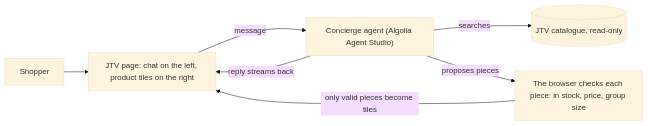
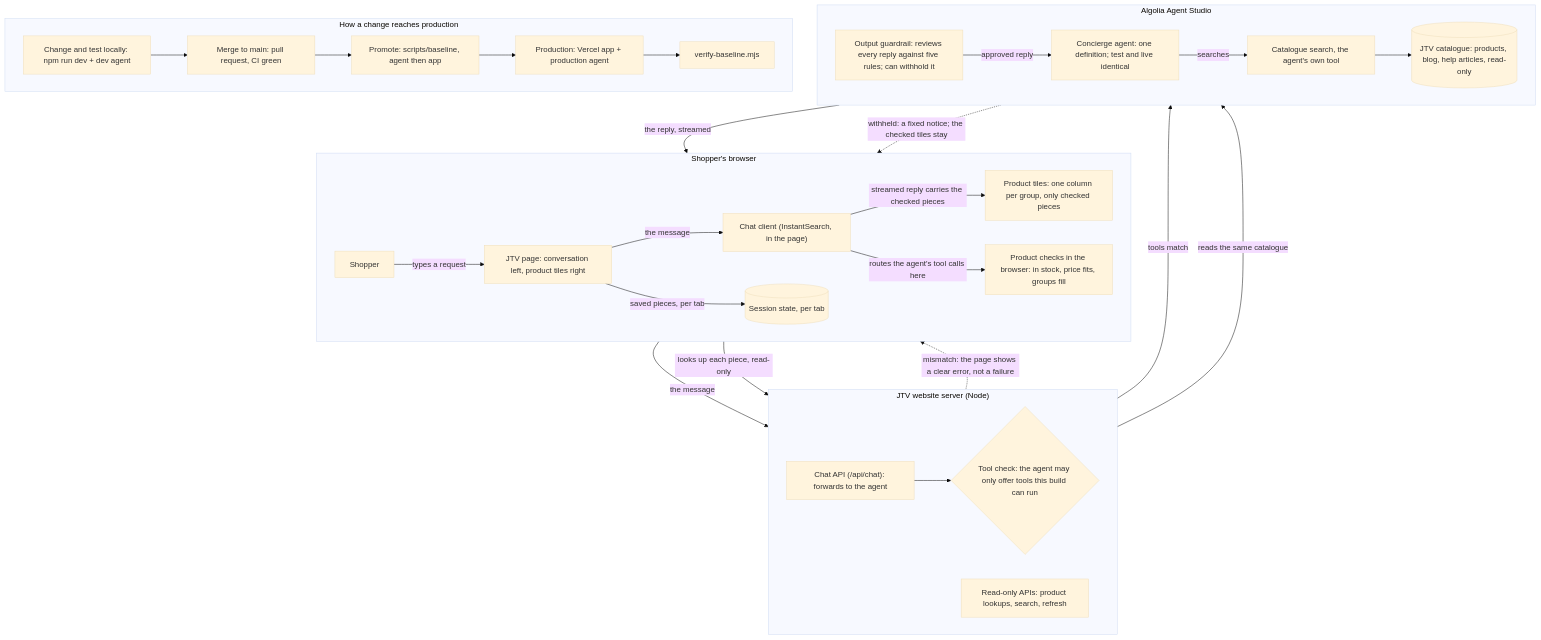
The diagram in storefront/docs/architecture.mmd (algolia/jewellerytv), drawn with Mermaid (base theme) before and after one commit. The commit also changed 1 other file, not shown here.

Commit message:
docs: redraw the architecture diagram with the full system in plain language
Review feedback: neither a jargon-dense manual nor a cut-down napkin.
This version keeps every component and data flow of the runtime in the
three bands where they run: browser (page, chat client, product checks,
tiles, per-tab session state), server (chat API, tool check, read-only
APIs), Agent Studio (agent, catalogue search, catalogue, output
guardrail). Both failure paths are drawn dashed in plain words. The
release strip is kept. Labels say what a component does, not what it is
called in code.

```diff
--- a/storefront/docs/architecture.mmd
+++ b/storefront/docs/architecture.mmd
@@ -1,7 +1,38 @@
-flowchart LR
-  Shopper["Shopper"] --> Page["JTV page: chat on the left, product tiles on the right"]
-  Page -->|"message"| Agent["Concierge agent (Algolia Agent Studio)"]
-  Agent -->|"searches"| Catalog[("JTV catalogue, read-only")]
-  Agent -->|"proposes pieces"| Check["The browser checks each piece: in stock, price, group size"]
-  Check -->|"only valid pieces become tiles"| Page
-  Agent -->|"reply streams back"| Page
+flowchart TB
+  subgraph B["Shopper's browser"]
+    direction LR
+    Shopper["Shopper"] -->|"types a request"| Page["JTV page: conversation left, product tiles right"]
+    Page -->|"the message"| Chat["Chat client (InstantSearch, in the page)"]
+    Chat -->|"streamed reply carries the checked pieces"| Tiles["Product tiles: one column per group, only checked pieces"]
+    Page -->|"saved pieces, per tab"| State[("Session state, per tab")]
+    Chat -->|"routes the agent's tool calls here"| Check["Product checks in the browser: in stock, price fits, groups fill"]
+  end
+
+  subgraph S["JTV website server (Node)"]
+    direction LR
+    ChatAPI["Chat API (/api/chat): forwards to the agent"] --> Guard{"Tool check: the agent may only offer tools this build can run"}
+    ReadOnly["Read-only APIs: product lookups, search, refresh"]
+  end
+
+  subgraph A["Algolia Agent Studio"]
+    direction LR
+    Out["Output guardrail: reviews every reply against five rules; can withhold it"] -->|"approved reply"| Agent["Concierge agent: one definition; test and live identical"]
+    Agent -->|"searches"| Search["Catalogue search, the agent's own tool"]
+    Search --> Catalogue[("JTV catalogue: products, blog, help articles, read-only")]
+  end
+
+  Chat -->|"the message"| ChatAPI
+  Guard -->|"tools match"| Agent
+  Guard -.->|"mismatch: the page shows a clear error, not a failure"| Chat
+  Check -->|"looks up each piece, read-only"| ReadOnly
+  ReadOnly -->|"reads the same catalogue"| Catalogue
+  Agent -->|"the reply, streamed"| Chat
+  Out -.->|"withheld: a fixed notice; the checked tiles stay"| Page
+
+  subgraph Release["How a change reaches production"]
+    direction LR
+    Local["Change and test locally: npm run dev + dev agent"] --> Main["Merge to main: pull request, CI green"]
+    Main --> Promote["Promote: scripts/baseline, agent then app"]
+    Promote --> Prod["Production: Vercel app + production agent"]
+    Prod --> Verify["verify-baseline.mjs"]
+  end
```
